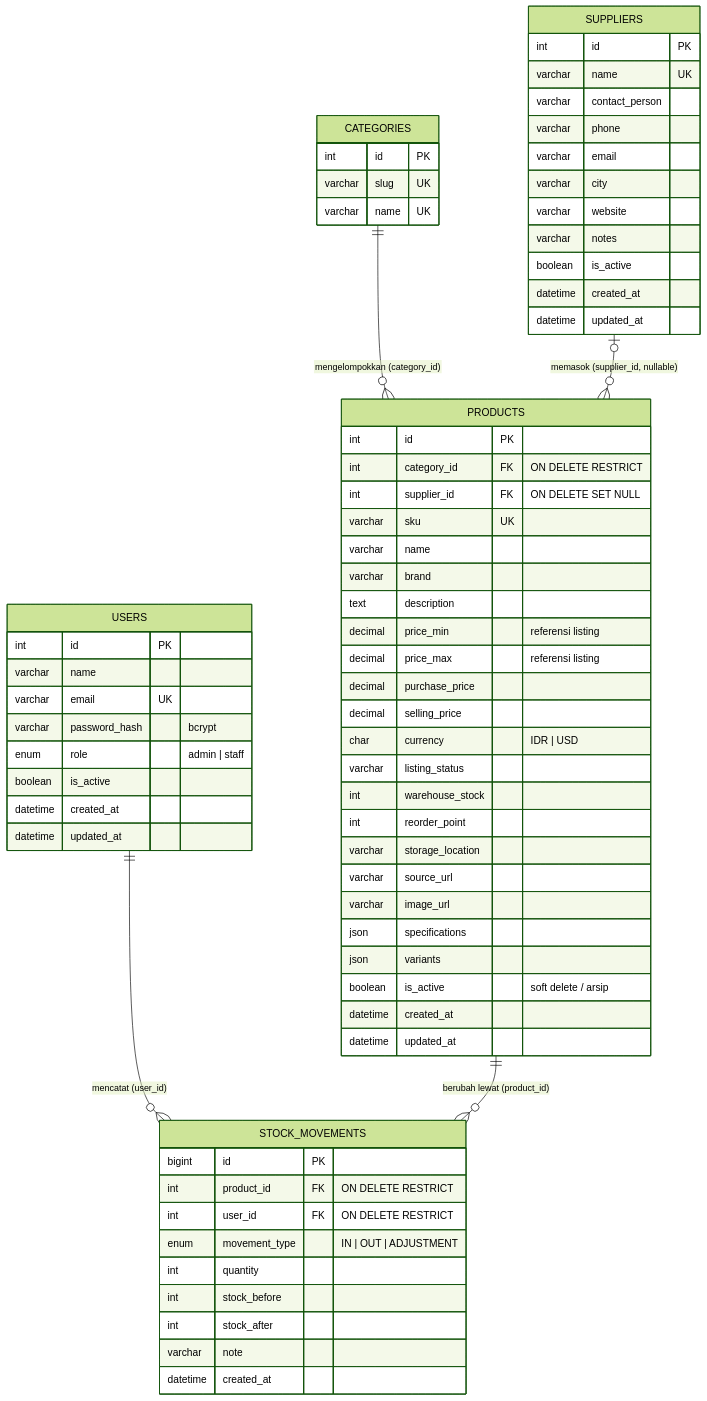
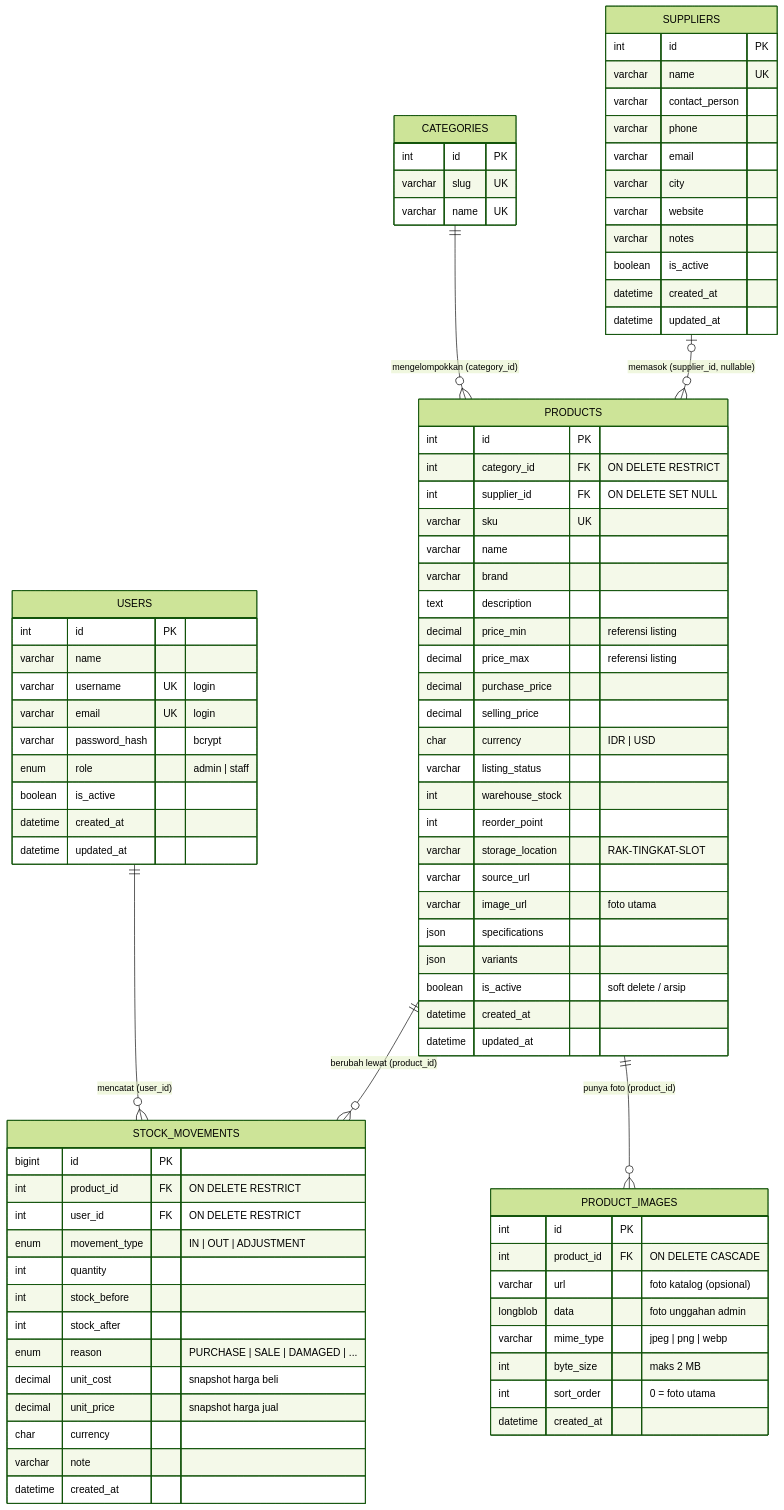
Before and after one commit to muhwal21/mechanical-keyboard-inventory: the diagram in docs/erd.mmd, drawn with Mermaid (forest theme). The commit also changed 9 other files, not shown here.

First line of the commit message:
docs: update ERD, schema, diagrams, and guides for photos, finance, and racks

```diff
--- a/docs/erd.mmd
+++ b/docs/erd.mmd
@@ -1,70 +1,86 @@
 erDiagram
   USERS ||--o{ STOCK_MOVEMENTS : "mencatat (user_id)"
   PRODUCTS ||--o{ STOCK_MOVEMENTS : "berubah lewat (product_id)"
   CATEGORIES ||--o{ PRODUCTS : "mengelompokkan (category_id)"
   SUPPLIERS |o--o{ PRODUCTS : "memasok (supplier_id, nullable)"
+  PRODUCTS ||--o{ PRODUCT_IMAGES : "punya foto (product_id)"
 
   USERS {
     int id PK
     varchar name
-    varchar email UK
+    varchar username UK "login"
+    varchar email UK "login"
     varchar password_hash "bcrypt"
     enum role "admin | staff"
     boolean is_active
     datetime created_at
     datetime updated_at
   }
   CATEGORIES {
     int id PK
     varchar slug UK
     varchar name UK
   }
   SUPPLIERS {
     int id PK
     varchar name UK
     varchar contact_person
     varchar phone
     varchar email
     varchar city
     varchar website
     varchar notes
     boolean is_active
     datetime created_at
     datetime updated_at
   }
   PRODUCTS {
     int id PK
     int category_id FK "ON DELETE RESTRICT"
     int supplier_id FK "ON DELETE SET NULL"
     varchar sku UK
     varchar name
     varchar brand
     text description
     decimal price_min "referensi listing"
     decimal price_max "referensi listing"
     decimal purchase_price
     decimal selling_price
     char currency "IDR | USD"
     varchar listing_status
     int warehouse_stock
     int reorder_point
-    varchar storage_location
+    varchar storage_location "RAK-TINGKAT-SLOT"
     varchar source_url
-    varchar image_url
+    varchar image_url "foto utama"
     json specifications
     json variants
     boolean is_active "soft delete / arsip"
     datetime created_at
     datetime updated_at
   }
   STOCK_MOVEMENTS {
     bigint id PK
     int product_id FK "ON DELETE RESTRICT"
     int user_id FK "ON DELETE RESTRICT"
     enum movement_type "IN | OUT | ADJUSTMENT"
     int quantity
     int stock_before
     int stock_after
+    enum reason "PURCHASE | SALE | DAMAGED | ..."
+    decimal unit_cost "snapshot harga beli"
+    decimal unit_price "snapshot harga jual"
+    char currency
     varchar note
     datetime created_at
   }
+  PRODUCT_IMAGES {
+    int id PK
+    int product_id FK "ON DELETE CASCADE"
+    varchar url "foto katalog (opsional)"
+    longblob data "foto unggahan admin"
+    varchar mime_type "jpeg | png | webp"
+    int byte_size "maks 2 MB"
+    int sort_order "0 = foto utama"
+    datetime created_at
+  }
```
